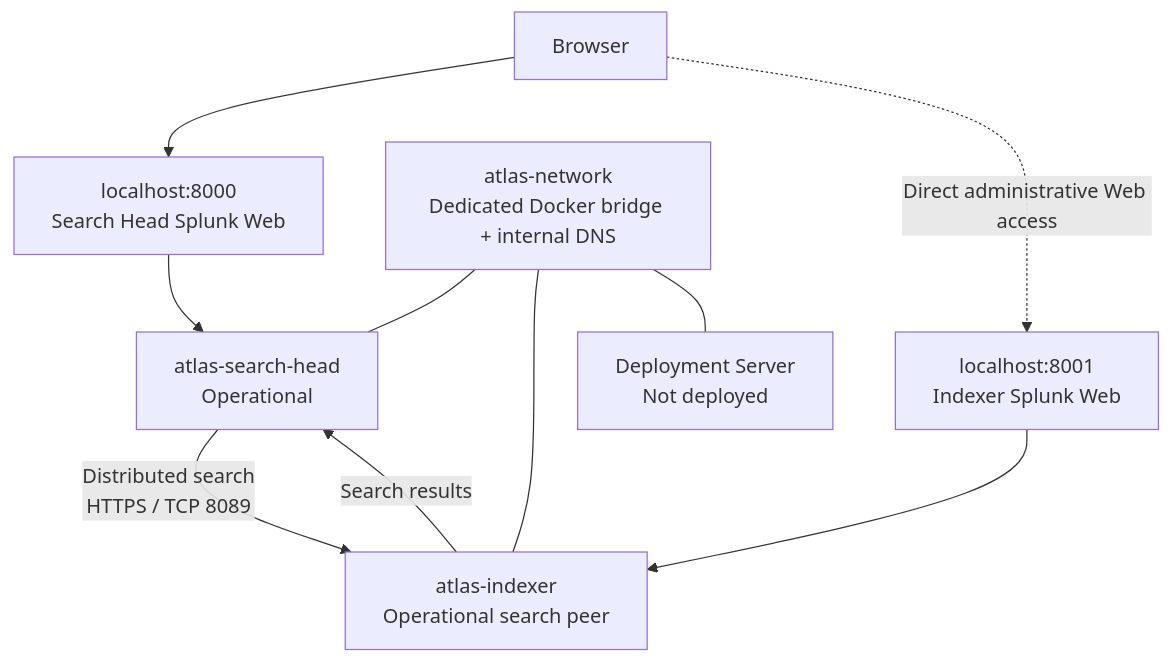
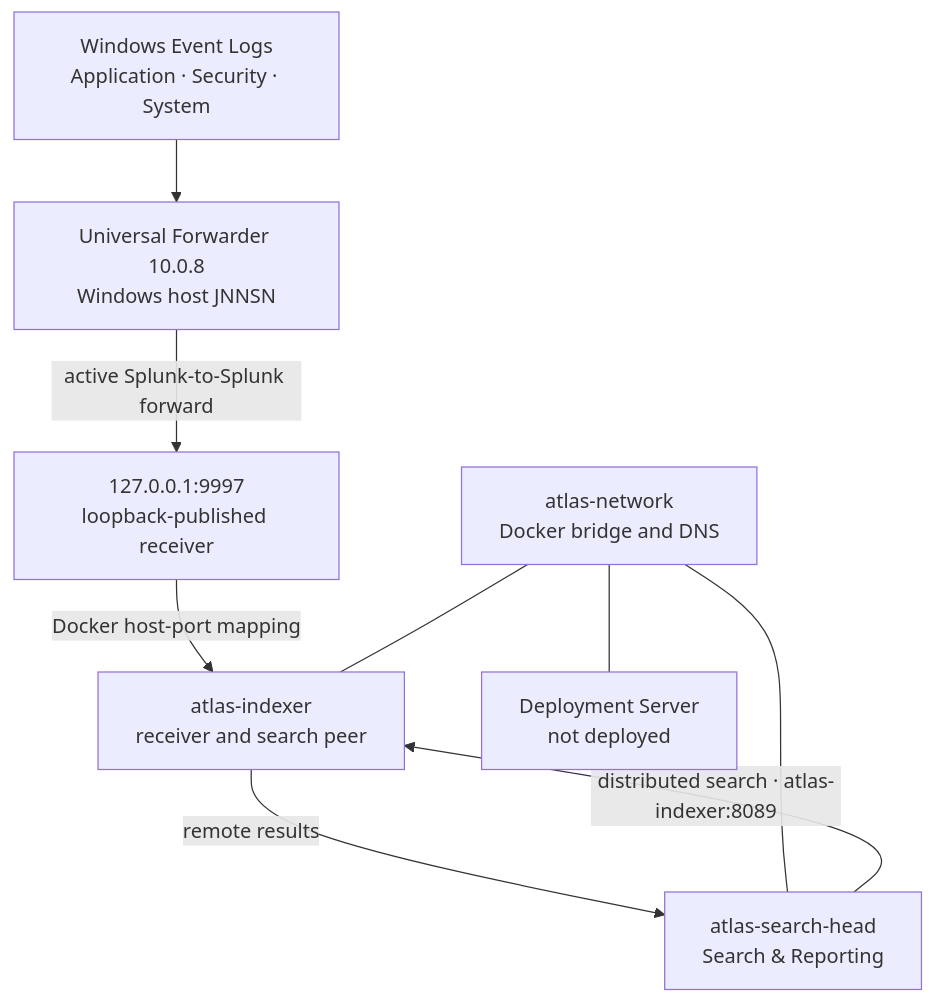
One commit to jannsenagustin/resumeops changed the diagram in docs/architecture.md. Above: the diagram before and after it, drawn with Mermaid. The commit also changed other lines of this file and 17 other files, not shown here.

Commit message:
feat: complete Atlas Windows ingestion milestone 04

````diff
--- a/docs/architecture.md
+++ b/docs/architecture.md
@@ -11,18 +11,18 @@
 ```mermaid
 flowchart TB
-    Browser["Browser"]
-    SHWeb["localhost:8000<br/>Search Head Splunk Web"]
-    SH["atlas-search-head<br/>Operational"]
-    IDX["atlas-indexer<br/>Operational search peer"]
-    IDXWeb["localhost:8001<br/>Indexer Splunk Web"]
-    Network["atlas-network<br/>Dedicated Docker bridge + internal DNS"]
-    DS["Deployment Server<br/>Not deployed"]
+    Logs["Windows Event Logs<br/>Application · Security · System"]
+    UF["Universal Forwarder 10.0.8<br/>Windows host JNNSN"]
+    Loopback["127.0.0.1:9997<br/>loopback-published receiver"]
+    IDX["atlas-indexer<br/>receiver and search peer"]
+    SH["atlas-search-head<br/>Search & Reporting"]
+    Network["atlas-network<br/>Docker bridge and DNS"]
+    DS["Deployment Server<br/>not deployed"]
 
-    Browser --> SHWeb --> SH
-    SH -->|"Distributed search<br/>HTTPS / TCP 8089"| IDX
-    IDX -->|"Search results"| SH
-    Browser -. "Direct administrative Web access" .-> IDXWeb --> IDX
+    Logs --> UF -->|"active Splunk-to-Splunk forward"| Loopback
+    Loopback -->|"Docker host-port mapping"| IDX
+    SH -->|"distributed search · atlas-indexer:8089"| IDX
+    IDX -->|"remote results"| SH
     Network --- SH
     Network --- IDX
     Network --- DS
 ```
````
